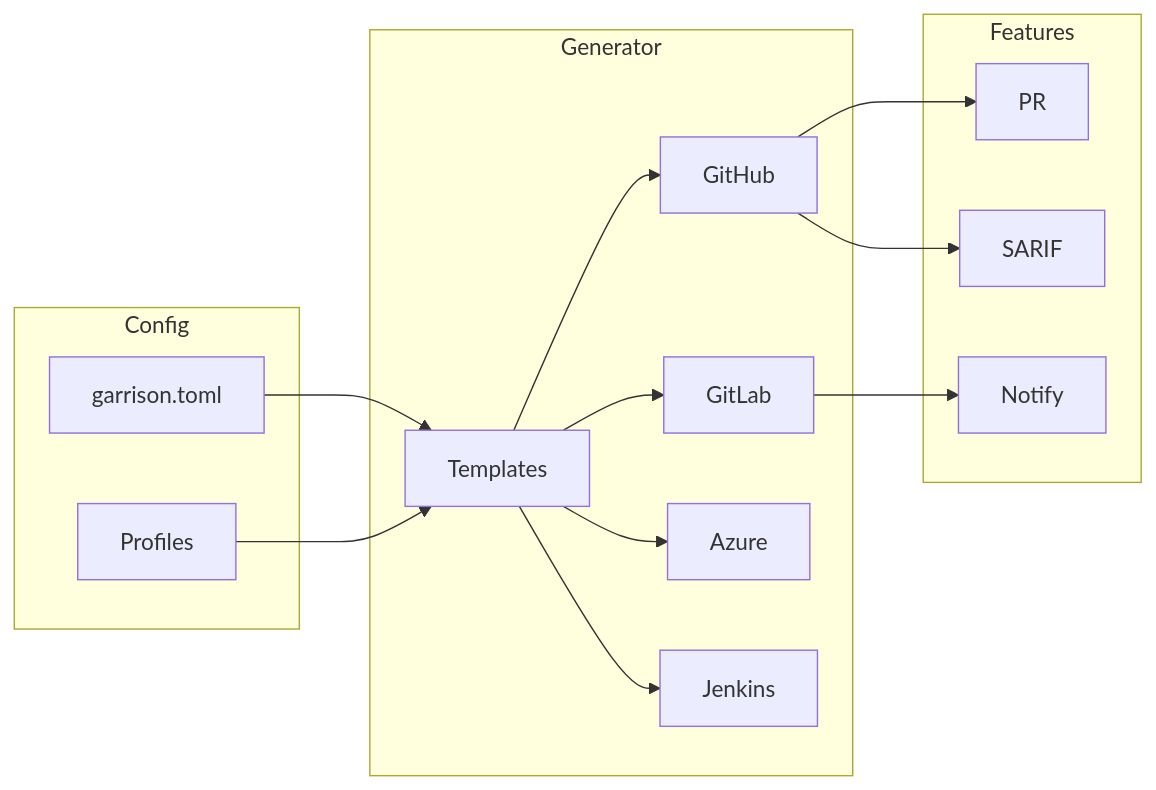
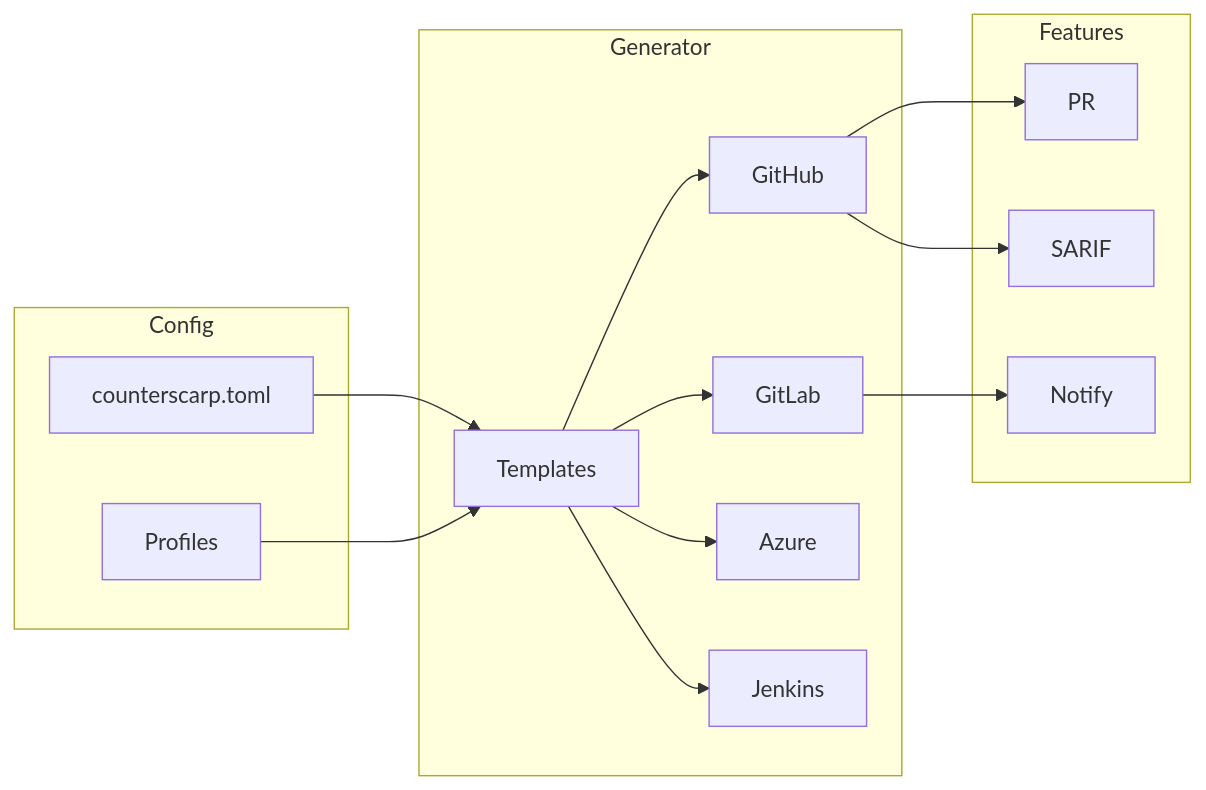
Diagram 11 of 13 in ARCHITECTURE.md (RunTimeAdmin/counterscarp), drawn with Mermaid before and after one commit. The commit also changed other lines of this file and 76 other files, not shown here.

````diff
--- a/ARCHITECTURE.md
+++ b/ARCHITECTURE.md
@@ -802,31 +802,31 @@
 ```mermaid
 flowchart LR
     subgraph Config["Config"]
-        TOML["garrison.toml"]
+        TOML["counterscarp.toml"]
         PROFILES["Profiles"]
     end
 
     subgraph Generator["Generator"]
         TEMPLATES["Templates"]
         GITHUB["GitHub"]
         GITLAB["GitLab"]
         AZURE["Azure"]
         JENKINS["Jenkins"]
     end
 
     subgraph Features["Features"]
         PR["PR"]
         SARIF["SARIF"]
         NOTIFY["Notify"]
     end
 
     TOML --> TEMPLATES
     PROFILES --> TEMPLATES
     TEMPLATES --> GITHUB
     TEMPLATES --> GITLAB
     TEMPLATES --> AZURE
     TEMPLATES --> JENKINS
     GITHUB --> PR
     GITHUB --> SARIF
     GITLAB --> NOTIFY
 ```
````
